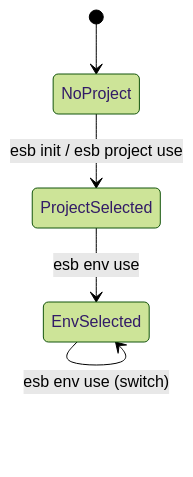
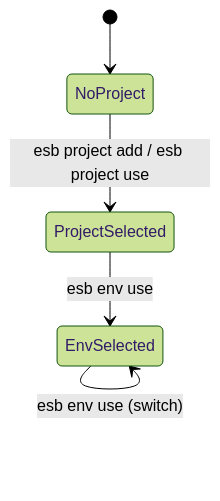
Before and after one commit to poruru-code/esb: the third of 3 diagrams in docs/developer/cli-architecture.md, drawn with Mermaid (forest theme). The commit also changed other lines of this file and 31 other files, not shown here.

````diff
--- a/docs/developer/cli-architecture.md
+++ b/docs/developer/cli-architecture.md
@@ -83,7 +83,7 @@
 ```mermaid
 stateDiagram-v2
     [*] --> NoProject
-    NoProject --> ProjectSelected: esb init / esb project use
+    NoProject --> ProjectSelected: esb project add / esb project use
     ProjectSelected --> EnvSelected: esb env use
     EnvSelected --> EnvSelected: esb env use (switch)
 ```
````
